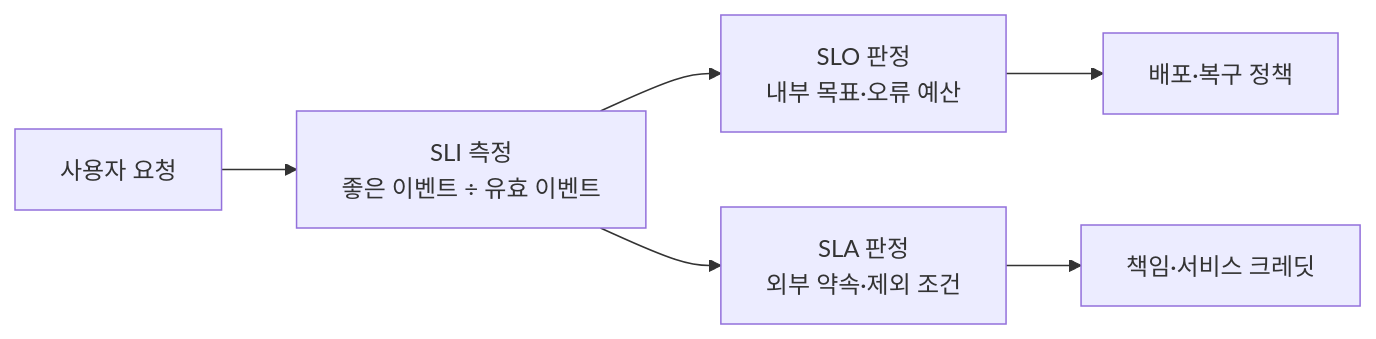
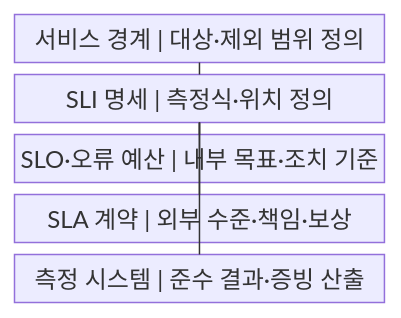
The first of 2 diagrams in src/content/docs/notes/03-software/165_slo_sla_sli.md (agnusdei1207/knowledge-base), drawn with Mermaid before and after one commit. The commit also changed other lines of this file and 20 other files, not shown here.

````diff
--- a/src/content/docs/notes/03-software/165_slo_sla_sli.md
+++ b/src/content/docs/notes/03-software/165_slo_sla_sli.md
@@ -56,8 +53,13 @@
 ```mermaid
-flowchart LR
-    U["사용자 요청"] --> M["SLI 측정<br/>좋은 이벤트 ÷ 유효 이벤트"]
-    M --> O["SLO 판정<br/>내부 목표·오류 예산"]
-    M --> A["SLA 판정<br/>외부 약속·제외 조건"]
-    O --> P["배포·복구 정책"]
-    A --> C["책임·서비스 크레딧"]
+block
+    columns 1
+    A["서비스 경계 | 대상·제외 범위 정의"]
+    B["SLI 명세 | 측정식·위치 정의"]
+    C["SLO·오류 예산 | 내부 목표·조치 기준"]
+    D["SLA 계약 | 외부 수준·책임·보상"]
+    E["측정 시스템 | 준수 결과·증빙 산출"]
+    A --- B
+    B --- C
+    B --- D
+    B --- E
 ```
````
